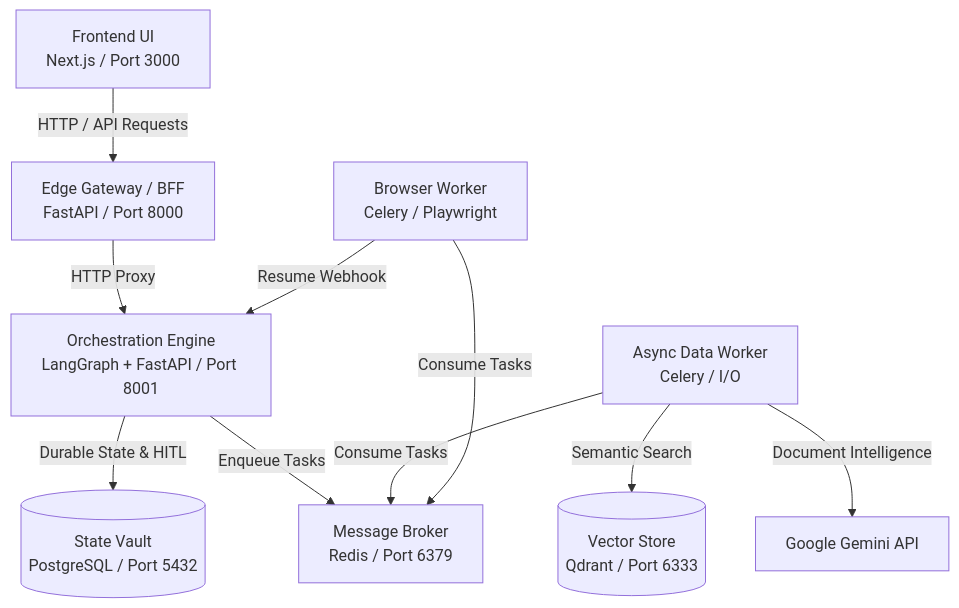
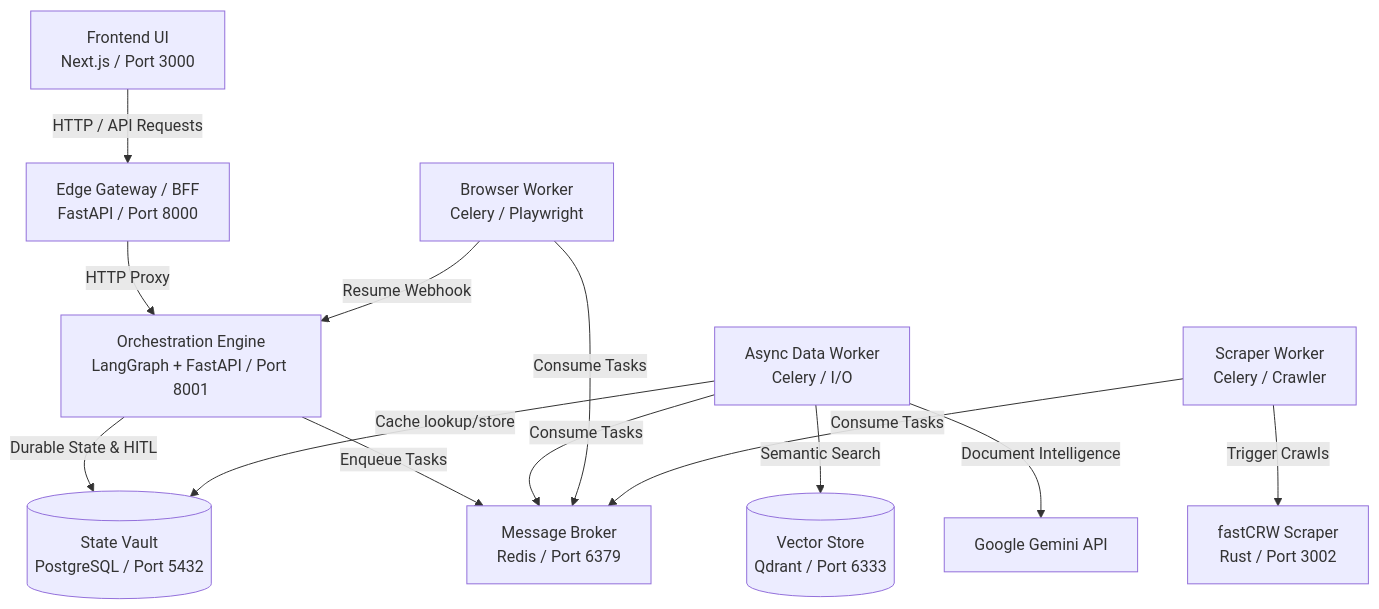
Before and after one commit to Horfi/CV_matching: the diagram in README.md, drawn with Mermaid. The commit also changed other lines of this file and 87 other files, not shown here.

````diff
--- a/README.md
+++ b/README.md
@@ -15,15 +15,19 @@
 ```mermaid
 graph TD
     Client[Frontend UI<br/>Next.js / Port 3000] -->|HTTP / API Requests| BFF[Edge Gateway / BFF<br/>FastAPI / Port 8000]
     BFF -->|HTTP Proxy| Orchestrator[Orchestration Engine<br/>LangGraph + FastAPI / Port 8001]
-    
+
     Orchestrator -->|Durable State & HITL| StateVault[(State Vault<br/>PostgreSQL / Port 5432)]
     Orchestrator -->|Enqueue Tasks| MessageBroker[Message Broker<br/>Redis / Port 6379]
-    
+
     WorkerData[Async Data Worker<br/>Celery / I/O] -->|Consume Tasks| MessageBroker
+    WorkerData -->|Cache lookup/store| StateVault
     WorkerData -->|Semantic Search| VectorStore[(Vector Store<br/>Qdrant / Port 6333)]
     WorkerData -->|Document Intelligence| Gemini[Google Gemini API]
-    
+
     WorkerBrowser[Browser Worker<br/>Celery / Playwright] -->|Consume Tasks| MessageBroker
     WorkerBrowser -->|Resume Webhook| Orchestrator
+
+    WorkerScraper[Scraper Worker<br/>Celery / Crawler] -->|Consume Tasks| MessageBroker
+    WorkerScraper -->|Trigger Crawls| FastCRW[fastCRW Scraper<br/>Rust / Port 3002]
 ```
````
